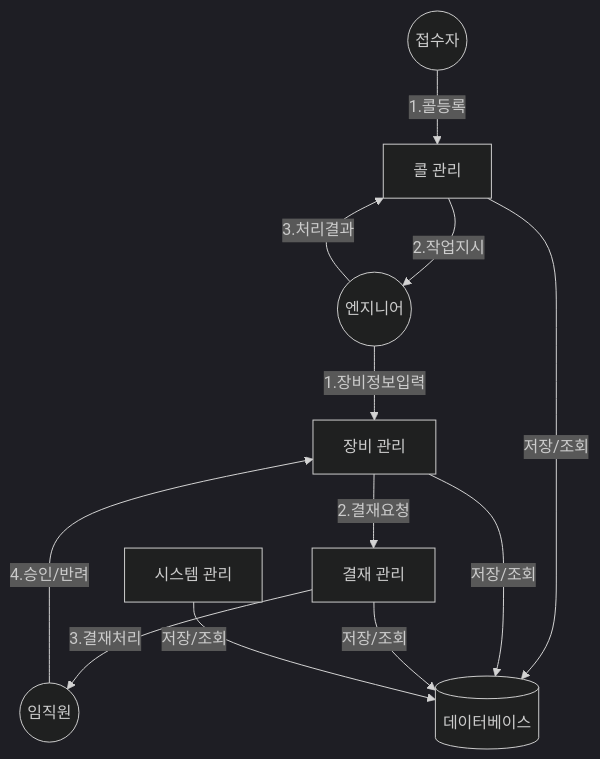
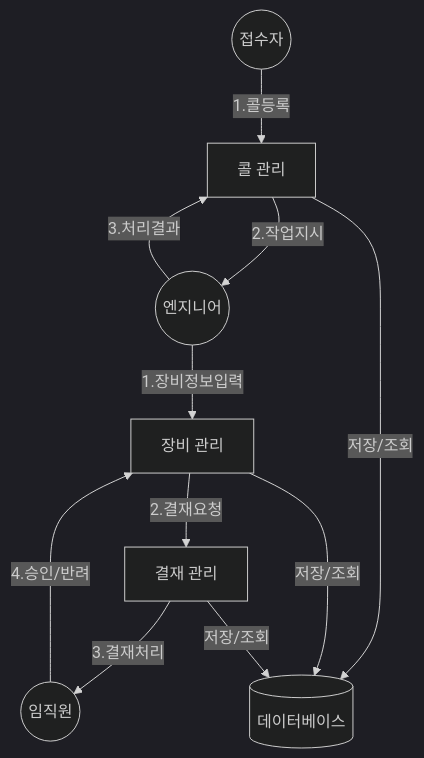
Before and after one commit to daekyung23/back-end: the second of 4 diagrams in docs/architecture/dfd.md, drawn with Mermaid (dark theme).

````diff
--- a/docs/architecture/dfd.md
+++ b/docs/architecture/dfd.md
@@ -26,27 +26,25 @@
 ```mermaid
 flowchart TD
     Receiver((접수자))
     Engineer((엔지니어))
     Employees((임직원))
     
     DB[(데이터베이스)]
     
     Call[콜 관리]
     Device[장비 관리]
     Approval[결재 관리]
-    System[시스템 관리]
     
     Receiver -->|1.콜등록| Call
     Call -->|2.작업지시| Engineer
     Engineer -->|3.처리결과| Call
     
     Engineer -->|1.장비정보입력| Device
     Device -->|2.결재요청| Approval
     Approval -->|3.결재처리| Employees
     Employees -->|4.승인/반려| Device
     
     Call -->|저장/조회| DB
     Device -->|저장/조회| DB
     Approval -->|저장/조회| DB
-    System -->|저장/조회| DB
 ```
````
